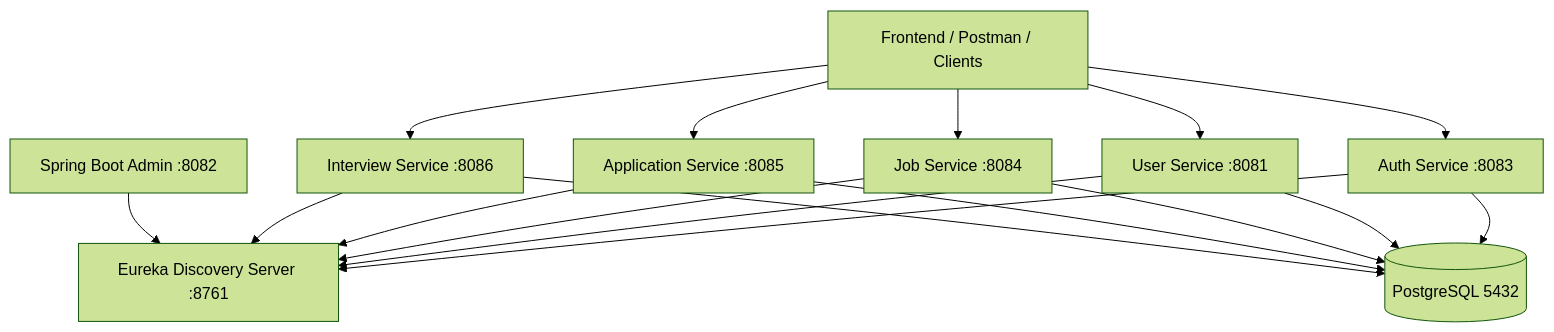
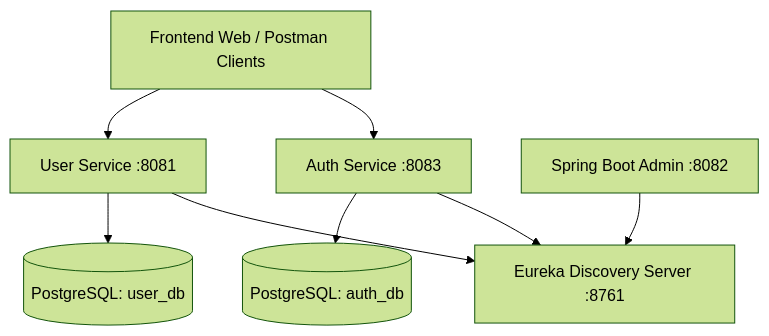
The diagram in README.md (sanchikumar12/Recruiter_Backend), drawn with Mermaid (forest theme) before and after one commit. The commit also changed other lines of this file and 144 other files, not shown here.

Commit message:
feat: release core microservices (eureka, admin, auth, user) and postman collection

````diff
--- a/README.md
+++ b/README.md
@@ -9,22 +11,13 @@
 ```mermaid
 graph TD
-    Client[Frontend / Postman / Clients] --> Auth[Auth Service :8083]
+    Client[Frontend Web / Postman Clients] --> Auth[Auth Service :8083]
     Client --> User[User Service :8081]
-    Client --> Job[Job Service :8084]
-    Client --> App[Application Service :8085]
-    Client --> Interview[Interview Service :8086]
 
     Auth --> Eureka[Eureka Discovery Server :8761]
     User --> Eureka
-    Job --> Eureka
-    App --> Eureka
-    Interview --> Eureka
 
     Admin[Spring Boot Admin :8082] --> Eureka
     
-    Auth --> Postgres[(PostgreSQL 5432)]
-    User --> Postgres
-    Job --> Postgres
-    App --> Postgres
-    Interview --> Postgres
+    Auth --> PostgresAuth[(PostgreSQL: auth_db)]
+    User --> PostgresUser[(PostgreSQL: user_db)]
 ```
````
